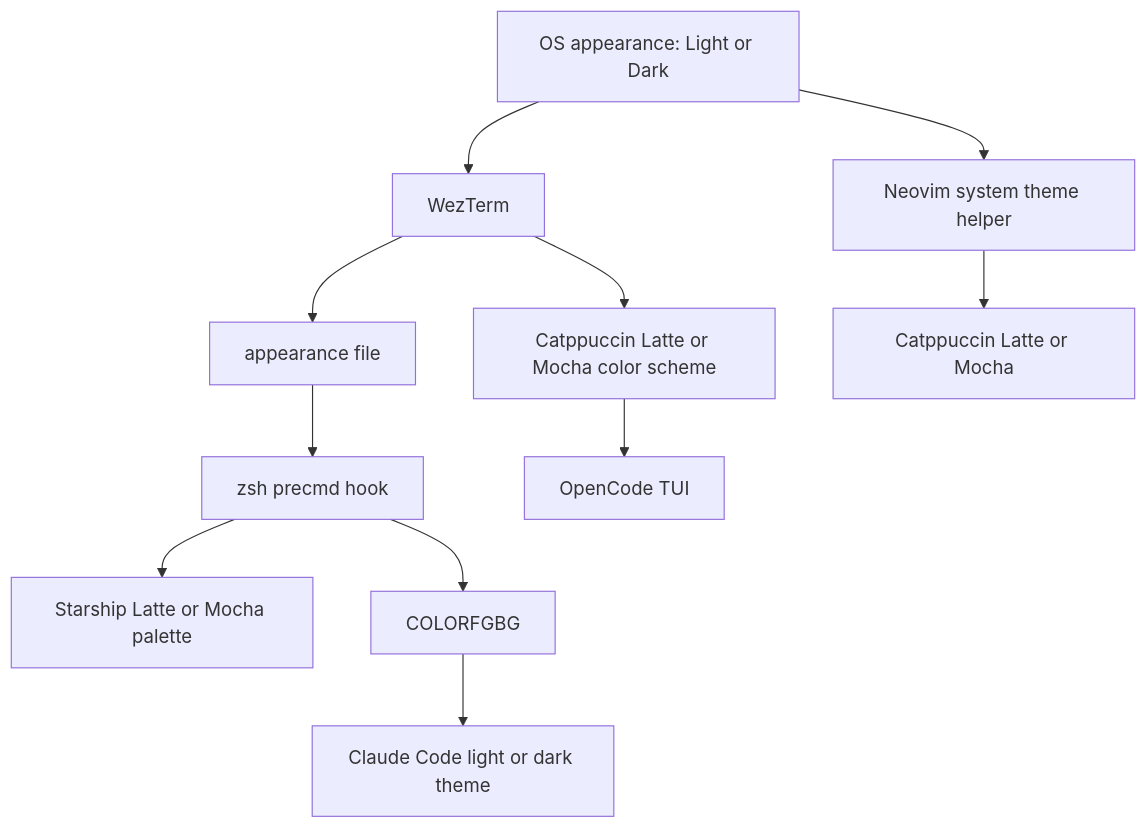
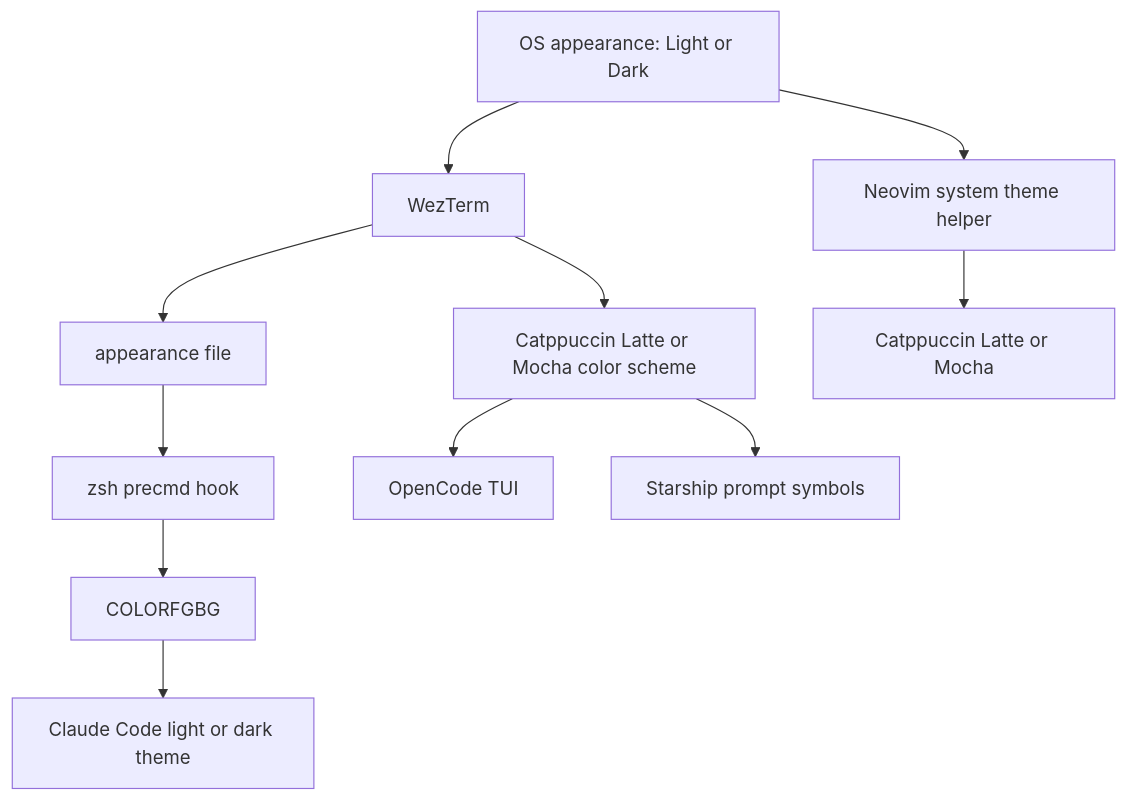
Before and after one commit to tihaya-anon/tihaya-anon.github.io: the diagram in content/blogs/config/system-theme/index.md, drawn with Mermaid. The commit also changed other lines of this file and 1 other file, not shown here.

Commit message:
docs(theme): explain why Starship stays on Mocha

```diff
--- a/content/blogs/config/system-theme/index.md
+++ b/content/blogs/config/system-theme/index.md
@@ -85,13 +86,13 @@
 {{< mermaid >}}
 flowchart TB
     A["OS appearance: Light or Dark"] --> B["WezTerm"]
     B --> C["Catppuccin Latte or Mocha color scheme"]
     B --> D["appearance file"]
     D --> E["zsh precmd hook"]
-    E --> F["Starship Latte or Mocha palette"]
     E --> J["COLORFGBG"]
     J --> K["Claude Code light or dark theme"]
     C --> G["OpenCode TUI"]
+    C --> F["Starship prompt symbols"]
     A --> H["Neovim system theme helper"]
     H --> I["Catppuccin Latte or Mocha"]
 {{< /mermaid >}}
```
